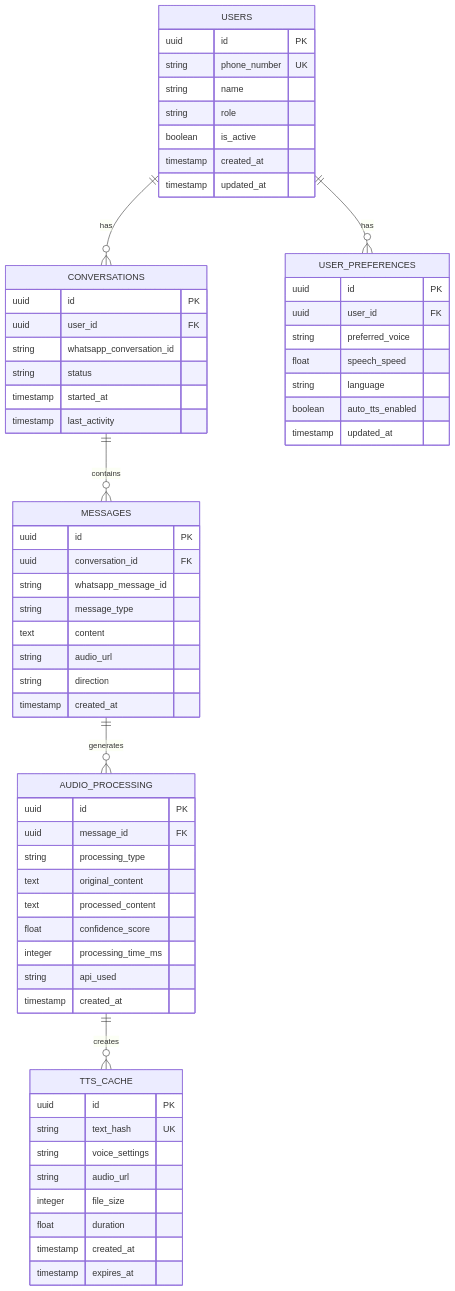
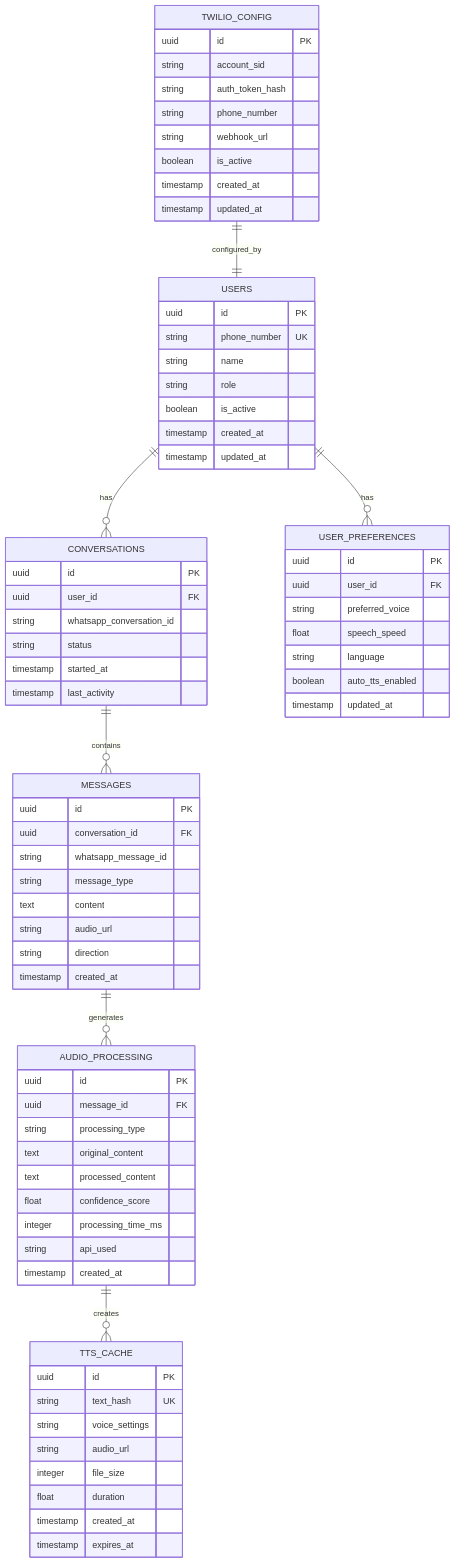
The third of 3 diagrams in .trae/documents/arquitetura_tecnica_chatbot.md (samueldng/Web_integracao), drawn with Mermaid before and after one commit. The commit also changed other lines of this file and 1 other file, not shown here.

````diff
--- a/.trae/documents/arquitetura_tecnica_chatbot.md
+++ b/.trae/documents/arquitetura_tecnica_chatbot.md
@@ -202,6 +239,7 @@
     CONVERSATIONS ||--o{ MESSAGES : contains
     MESSAGES ||--o{ AUDIO_PROCESSING : generates
     AUDIO_PROCESSING ||--o{ TTS_CACHE : creates
+    TWILIO_CONFIG ||--|| USERS : configured_by
     
     USERS {
         uuid id PK
@@ -265,4 +303,15 @@
         timestamp created_at
         timestamp expires_at
     }
+    
+    TWILIO_CONFIG {
+        uuid id PK
+        string account_sid
+        string auth_token_hash
+        string phone_number
+        string webhook_url
+        boolean is_active
+        timestamp created_at
+        timestamp updated_at
+    }
 ```
````
